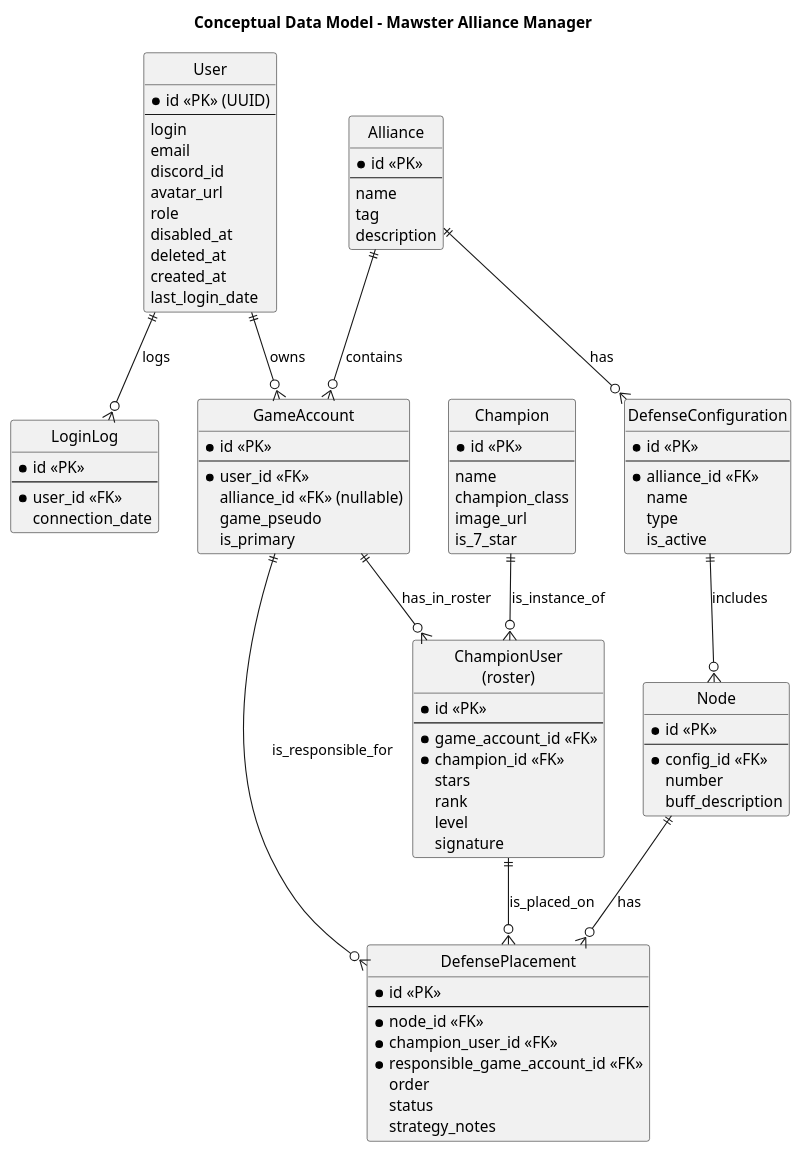
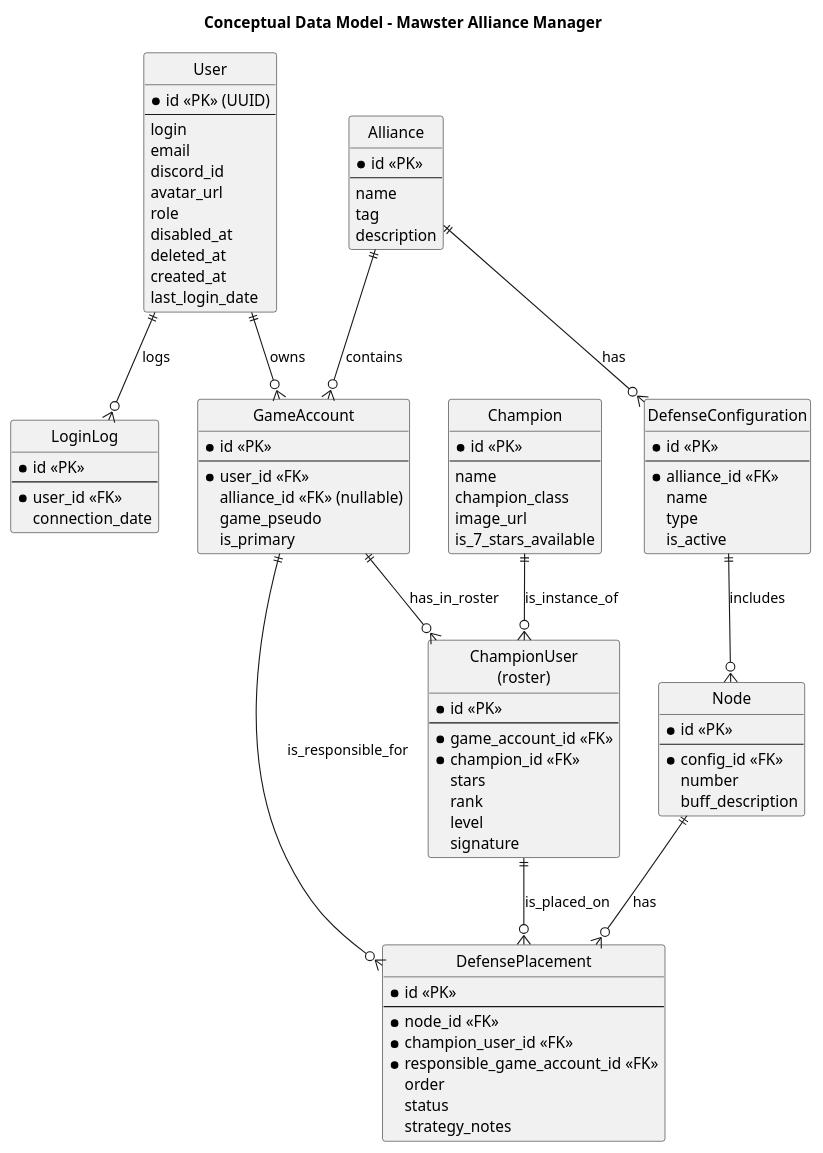
Before and after one commit to SNEAXIII/Mawster: the diagram in api/docs/mdc.puml, drawn with PlantUML. The commit also changed 21 other files, not shown here.

First line of the commit message:
refactor: rename is_7_star to is_7_stars_available

```diff
--- a/api/docs/mdc.puml
+++ b/api/docs/mdc.puml
@@ -1,104 +1,104 @@
 @startuml MCD_MCOC
 title Conceptual Data Model - Mawster Alliance Manager
 hide circle
 skinparam shadowing false
 skinparam monochrome true
 
 entity "User" as user {
   * id <<PK>> (UUID)
   --
   login
   email
   discord_id
   avatar_url
   role
   disabled_at
   deleted_at
   created_at
   last_login_date
 }
 
 entity "LoginLog" as login_log {
   * id <<PK>>
   --
   * user_id <<FK>>
   connection_date
 }
 
 entity "Alliance" as alliance {
   * id <<PK>>
   --
   name
   tag
   description
 }
 
 entity "GameAccount" as game_account {
   * id <<PK>>
   --
   * user_id <<FK>>
   alliance_id <<FK>> (nullable)
   game_pseudo
   is_primary
 }
 
 entity "Champion" as champion {
   * id <<PK>>
   --
   name
   champion_class
   image_url
-  is_7_star
+  is_7_stars_available
 }
 
 entity "ChampionUser\n(roster)" as roster {
   * id <<PK>>
   --
   * game_account_id <<FK>>
   * champion_id <<FK>>
   stars
   rank
   level
   signature
 }
 
 entity "DefenseConfiguration" as config {
   * id <<PK>>
   --
   * alliance_id <<FK>>
   name
   type
   is_active
 }
 
 entity "Node" as node {
   * id <<PK>>
   --
   * config_id <<FK>>
   number
   buff_description
 }
 
 entity "DefensePlacement" as placement {
   * id <<PK>>
   --
   * node_id <<FK>>
   * champion_user_id <<FK>>
   * responsible_game_account_id <<FK>>
   order
   status
   strategy_notes
 }
 
 user ||--o{ login_log : "logs"
 user ||--o{ game_account : "owns"
 alliance ||--o{ game_account : "contains"
 game_account ||--o{ roster : "has_in_roster"
 champion ||--o{ roster : "is_instance_of"
 config ||--o{ node : "includes"
 node ||--o{ placement : "has"
 roster ||--o{ placement : "is_placed_on"
 game_account ||--o{ placement : "is_responsible_for"
 alliance ||--o{ config : "has"
 
 @enduml
```
